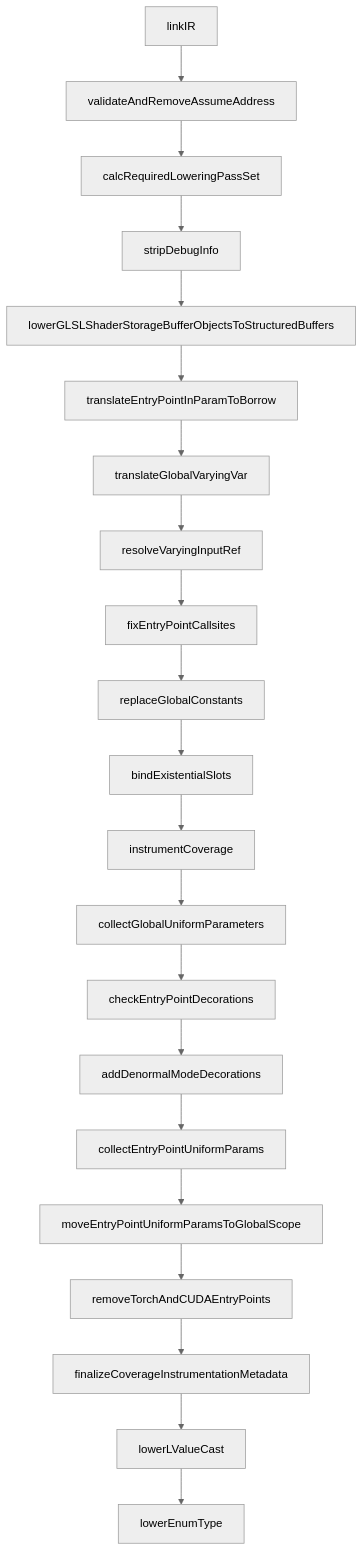
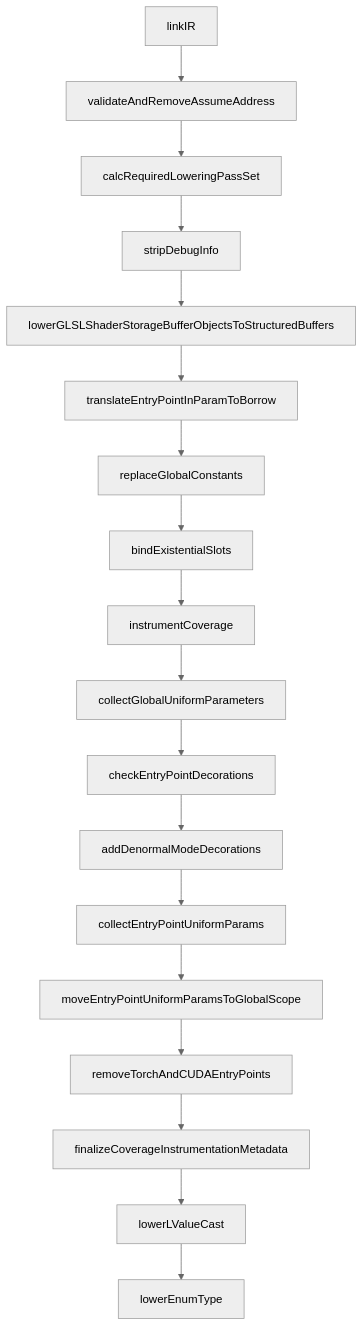
One commit to shader-slang/slang changed the second of 5 diagrams in docs/generated/design/target-pipelines/hlsl.md. Above: the diagram before and after it, drawn with Mermaid (neutral theme). The commit also changed other lines of this file and 138 other files, not shown here.

````diff
--- a/docs/generated/design/target-pipelines/hlsl.md
+++ b/docs/generated/design/target-pipelines/hlsl.md
@@ -77,26 +77,23 @@
 ```mermaid
 flowchart TD
   linkIRn[linkIR]
   vaaa[validateAndRemoveAssumeAddress]
   reqSet1[calcRequiredLoweringPassSet]
   stripDI[stripDebugInfo]
   ssbo[lowerGLSLShaderStorageBufferObjectsToStructuredBuffers]
   tEPInBorrow[translateEntryPointInParamToBorrow]
-  tGVV[translateGlobalVaryingVar]
-  rvir[resolveVaryingInputRef]
-  fEPC[fixEntryPointCallsites]
   rGC[replaceGlobalConstants]
   bES[bindExistentialSlots]
   iC[instrumentCoverage]
   cGUP[collectGlobalUniformParameters]
   cEPD[checkEntryPointDecorations]
   aDMD[addDenormalModeDecorations]
   cEPUP[collectEntryPointUniformParams]
   mEPUP[moveEntryPointUniformParamsToGlobalScope]
   rTCEP[removeTorchAndCUDAEntryPoints]
   fCIM[finalizeCoverageInstrumentationMetadata]
   lLVC[lowerLValueCast]
   lET[lowerEnumType]
 
-  linkIRn --> vaaa --> reqSet1 --> stripDI --> ssbo --> tEPInBorrow --> tGVV --> rvir --> fEPC --> rGC --> bES --> iC --> cGUP --> cEPD --> aDMD --> cEPUP --> mEPUP --> rTCEP --> fCIM --> lLVC --> lET
+  linkIRn --> vaaa --> reqSet1 --> stripDI --> ssbo --> tEPInBorrow --> rGC --> bES --> iC --> cGUP --> cEPD --> aDMD --> cEPUP --> mEPUP --> rTCEP --> fCIM --> lLVC --> lET
 ```
````
